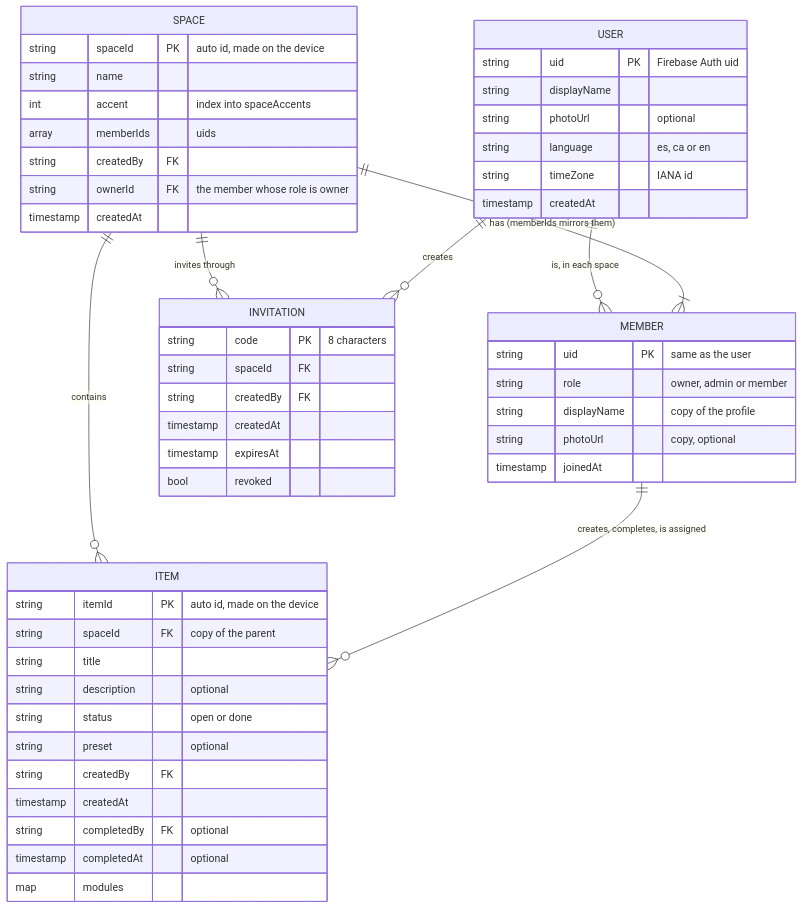
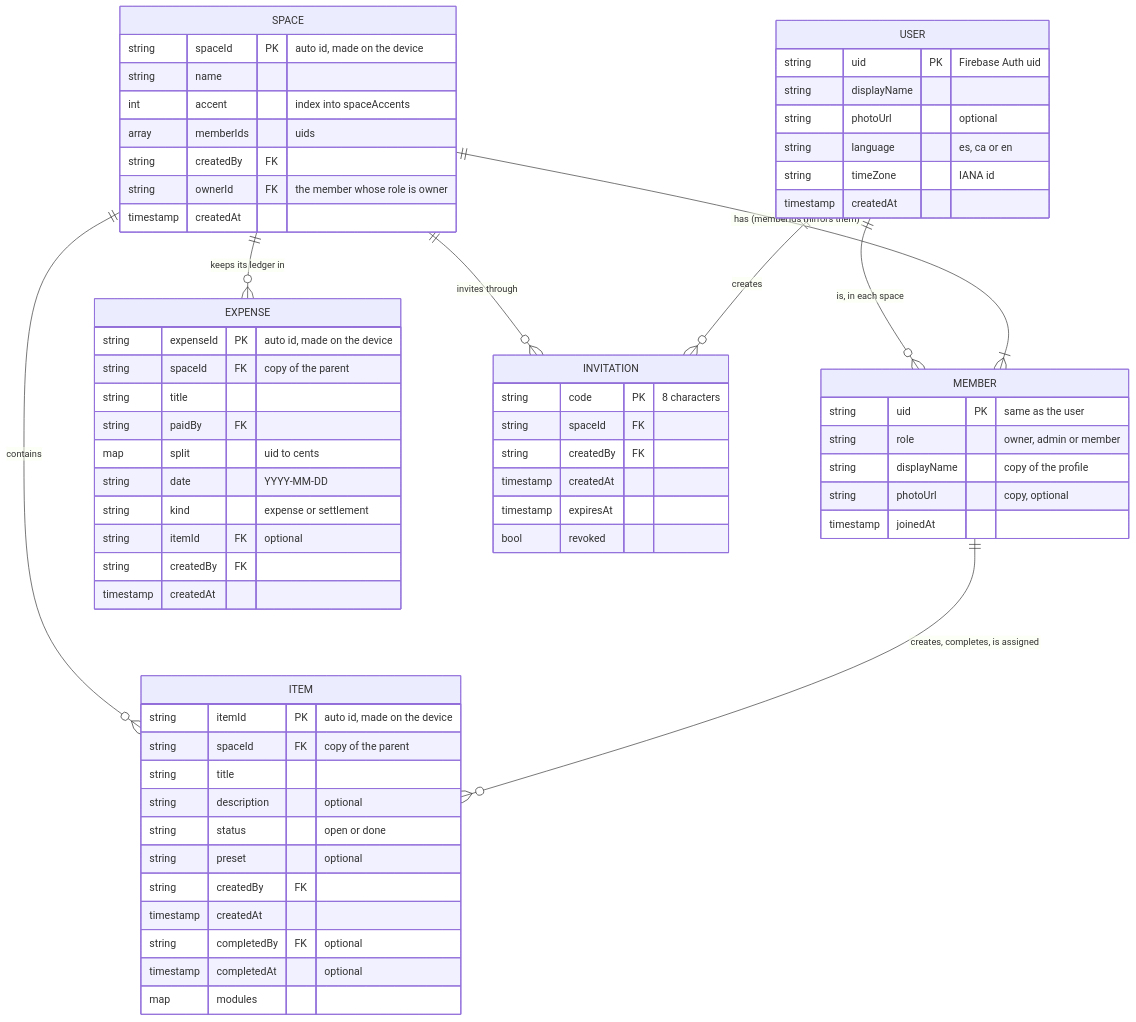
Before and after one commit to Erkko68/orbit: the diagram in docs/data/firestore-schema.md, drawn with Mermaid. The commit also changed other lines of this file and 18 other files, not shown here.

First line of the commit message:
feat(expenses): add the expense ledger (#53)

````diff
--- a/docs/data/firestore-schema.md
+++ b/docs/data/firestore-schema.md
@@ -7,55 +7,68 @@
 ```mermaid
 erDiagram
     USER ||--o{ MEMBER : "is, in each space"
     SPACE ||--|{ MEMBER : "has (memberIds mirrors them)"
     SPACE ||--o{ ITEM : contains
+    SPACE ||--o{ EXPENSE : "keeps its ledger in"
     SPACE ||--o{ INVITATION : "invites through"
     USER ||--o{ INVITATION : creates
     MEMBER ||--o{ ITEM : "creates, completes, is assigned"
 
     USER {
         string uid PK "Firebase Auth uid"
         string displayName
         string photoUrl "optional"
         string language "es, ca or en"
         string timeZone "IANA id"
         timestamp createdAt
     }
     SPACE {
         string spaceId PK "auto id, made on the device"
         string name
         int accent "index into spaceAccents"
         array memberIds "uids"
         string createdBy FK
         string ownerId FK "the member whose role is owner"
         timestamp createdAt
     }
     MEMBER {
         string uid PK "same as the user"
         string role "owner, admin or member"
         string displayName "copy of the profile"
         string photoUrl "copy, optional"
         timestamp joinedAt
     }
     ITEM {
         string itemId PK "auto id, made on the device"
         string spaceId FK "copy of the parent"
         string title
         string description "optional"
         string status "open or done"
         string preset "optional"
         string createdBy FK
         timestamp createdAt
         string completedBy FK "optional"
         timestamp completedAt "optional"
         map modules
     }
+    EXPENSE {
+        string expenseId PK "auto id, made on the device"
+        string spaceId FK "copy of the parent"
+        string title
+        string paidBy FK
+        map split "uid to cents"
+        string date "YYYY-MM-DD"
+        string kind "expense or settlement"
+        string itemId FK "optional"
+        string createdBy FK
+        timestamp createdAt
+    }
     INVITATION {
         string code PK "8 characters"
         string spaceId FK
         string createdBy FK
         timestamp createdAt
         timestamp expiresAt
         bool revoked
     }
 ```
````
